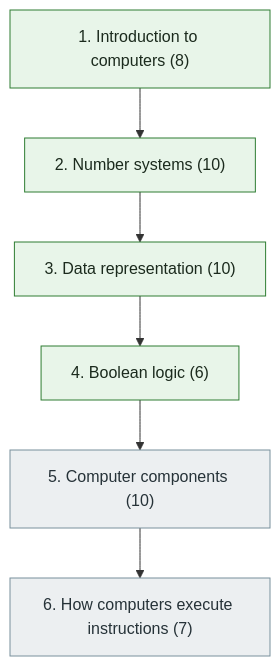
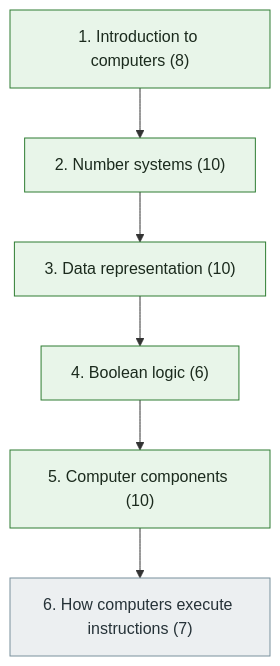
One commit to Sumit6258/Software-Engineer changed the diagram in docs/01-computer-science-foundations/01-computer-fundamentals/index.md. Above: the diagram before and after it, drawn with Mermaid. The commit also changed other lines of this file and 15 other files, not shown here.

````diff
--- a/docs/01-computer-science-foundations/01-computer-fundamentals/index.md
+++ b/docs/01-computer-science-foundations/01-computer-fundamentals/index.md
@@ -37,13 +37,13 @@
 ```mermaid
 flowchart TD
     C1["1. Introduction to computers (8)"] --> C2["2. Number systems (10)"] --> C3["3. Data representation (10)"] --> C4["4. Boolean logic (6)"] --> C5["5. Computer components (10)"] --> C6["6. How computers execute instructions (7)"]
     classDef ns fill:#eceff1,stroke:#78909c,color:#263238;
     classDef ip fill:#fff8e1,stroke:#f9a825,color:#263238;
     classDef dr fill:#e8f5e9,stroke:#2e7d32,color:#1b2a1d;
     class C1 dr;
     class C2 dr;
     class C3 dr;
     class C4 dr;
-    class C5 ns;
+    class C5 dr;
     class C6 ns;
 ```
````
